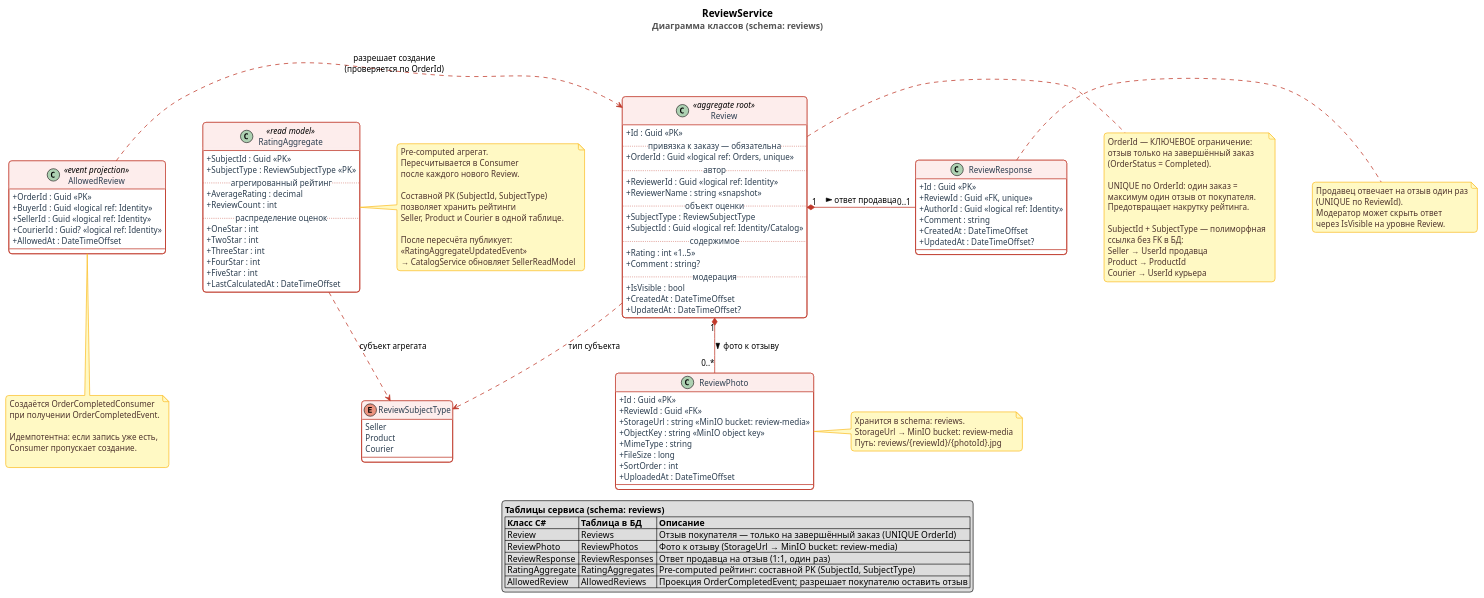
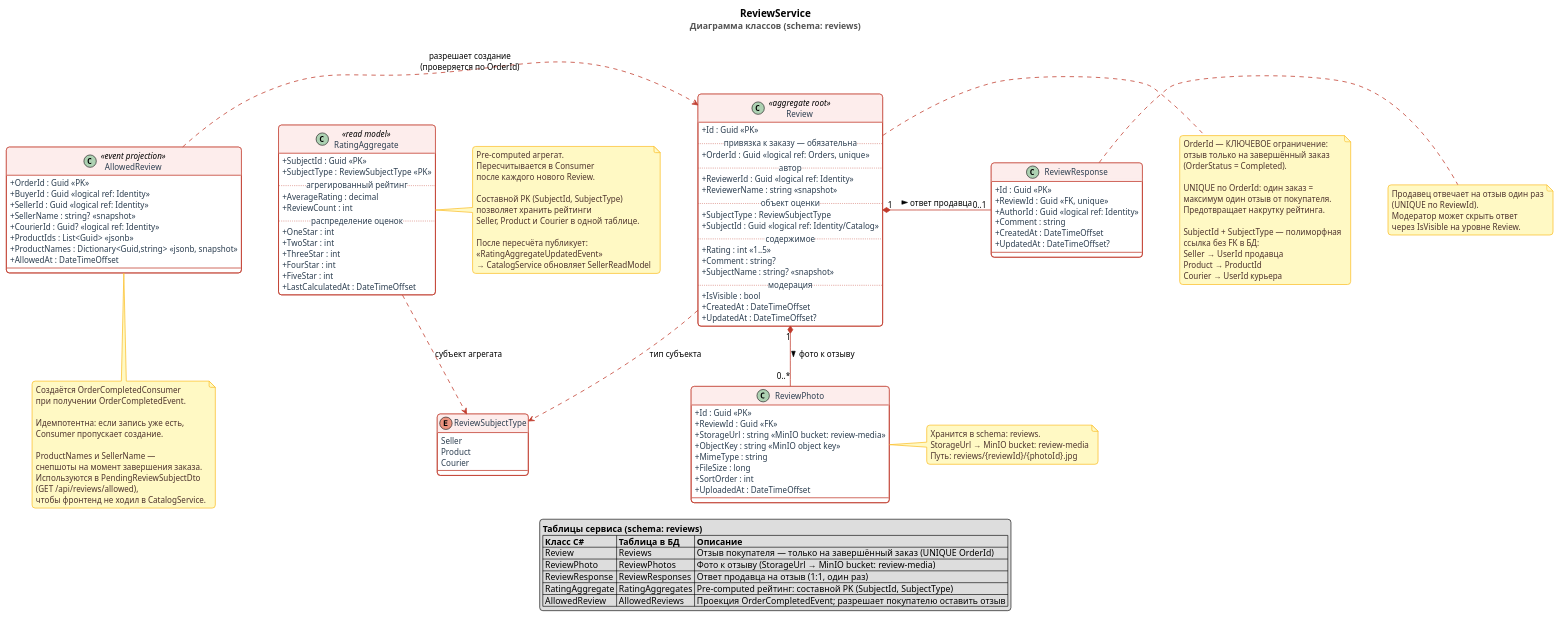
One commit to LocMp-olegg/LocalMarketplace changed the diagram in docs/diagrams/review-service.puml. Above: the diagram before and after it, drawn with PlantUML. The commit also changed 19 other files, not shown here.

```diff
--- a/docs/diagrams/review-service.puml
+++ b/docs/diagrams/review-service.puml
@@ -62,6 +62,7 @@
     ..содержимое..
     + Rating : int <<1..5>>
     + Comment : string?
+    + SubjectName : string? <<snapshot>>
     ..модерация..
     + IsVisible : bool
     + CreatedAt : DateTimeOffset
@@ -94,7 +95,10 @@
     + OrderId : Guid <<PK>>
     + BuyerId : Guid <<logical ref: Identity>>
     + SellerId : Guid <<logical ref: Identity>>
+    + SellerName : string? <<snapshot>>
     + CourierId : Guid? <<logical ref: Identity>>
+    + ProductIds : List<Guid> <<jsonb>>
+    + ProductNames : Dictionary<Guid,string> <<jsonb, snapshot>>
     + AllowedAt : DateTimeOffset
 }
 
@@ -177,6 +181,11 @@
   Идемпотентна: если запись уже есть,
   Consumer пропускает создание.
 
+  ProductNames и SellerName —
+  снепшоты на момент завершения заказа.
+  Используются в PendingReviewSubjectDto
+  (GET /api/reviews/allowed),
+  чтобы фронтенд не ходил в CatalogService.
 end note
 
 
```
